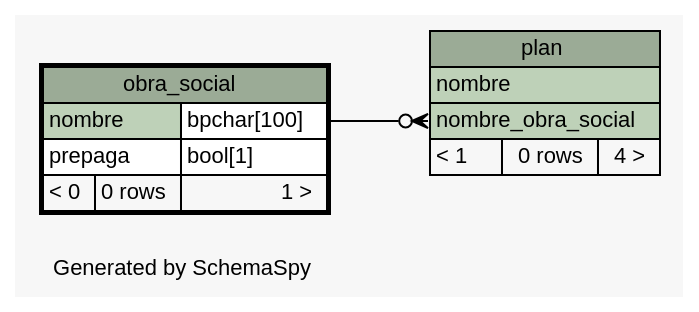
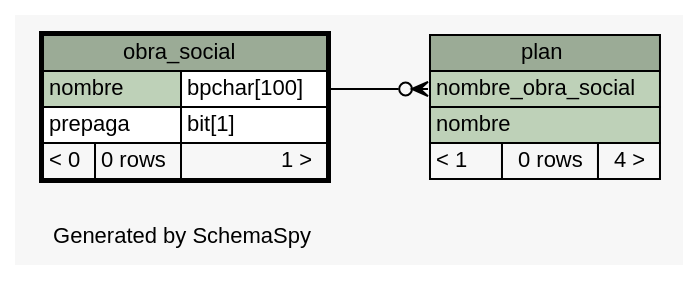
Before and after one commit to smpiano/bd-1cuat-2014-agenda-med: the diagram in tp1/build/schema/diagrams/obra_social.1degree.dot, drawn with Graphviz. The commit also changed 165 other files, not shown here.

```diff
--- a/tp1/build/schema/diagrams/obra_social.1degree.dot
+++ b/tp1/build/schema/diagrams/obra_social.1degree.dot
@@ -1,45 +1,45 @@
 // dot 2.26.3 on Linux 3.8.0-35-generic
 // SchemaSpy rev 590
 digraph "oneDegreeRelationshipsDiagram" {
   graph [
     rankdir="RL"
     bgcolor="#f7f7f7"
     label="\nGenerated by SchemaSpy"
     labeljust="l"
     nodesep="0.18"
     ranksep="0.46"
     fontname="Helvetica"
     fontsize="11"
   ];
   node [
     fontname="Helvetica"
     fontsize="11"
     shape="plaintext"
   ];
   edge [
     arrowsize="0.8"
   ];
   "plan":"nombre_obra_social":w -> "obra_social":"nombre.type":e [arrowhead=none dir=back arrowtail=crowodot];
   "obra_social" [
     label=<
     <TABLE BORDER="2" CELLBORDER="1" CELLSPACING="0" BGCOLOR="#ffffff">
       <TR><TD COLSPAN="3" BGCOLOR="#9bab96" ALIGN="CENTER">obra_social</TD></TR>
       <TR><TD PORT="nombre" COLSPAN="2" BGCOLOR="#bed1b8" ALIGN="LEFT">nombre</TD><TD PORT="nombre.type" ALIGN="LEFT">bpchar[100]</TD></TR>
-      <TR><TD PORT="prepaga" COLSPAN="2" ALIGN="LEFT">prepaga</TD><TD PORT="prepaga.type" ALIGN="LEFT">bool[1]</TD></TR>
+      <TR><TD PORT="prepaga" COLSPAN="2" ALIGN="LEFT">prepaga</TD><TD PORT="prepaga.type" ALIGN="LEFT">bit[1]</TD></TR>
       <TR><TD ALIGN="LEFT" BGCOLOR="#f7f7f7">&lt; 0</TD><TD ALIGN="RIGHT" BGCOLOR="#f7f7f7">0 rows</TD><TD ALIGN="RIGHT" BGCOLOR="#f7f7f7">1 &gt;</TD></TR>
     </TABLE>>
     URL="obra_social.html"
     tooltip="obra_social"
   ];
   "plan" [
     label=<
     <TABLE BORDER="0" CELLBORDER="1" CELLSPACING="0" BGCOLOR="#ffffff">
       <TR><TD COLSPAN="3" BGCOLOR="#9bab96" ALIGN="CENTER">plan</TD></TR>
+      <TR><TD PORT="nombre_obra_social" COLSPAN="3" BGCOLOR="#bed1b8" ALIGN="LEFT">nombre_obra_social</TD></TR>
       <TR><TD PORT="nombre" COLSPAN="3" BGCOLOR="#bed1b8" ALIGN="LEFT">nombre</TD></TR>
-      <TR><TD PORT="nombre_obra_social" COLSPAN="3" BGCOLOR="#bed1b8" ALIGN="LEFT">nombre_obra_social</TD></TR>
       <TR><TD ALIGN="LEFT" BGCOLOR="#f7f7f7">&lt; 1</TD><TD ALIGN="RIGHT" BGCOLOR="#f7f7f7">0 rows</TD><TD ALIGN="RIGHT" BGCOLOR="#f7f7f7">4 &gt;</TD></TR>
     </TABLE>>
     URL="plan.html"
     tooltip="plan"
   ];
 }
```
